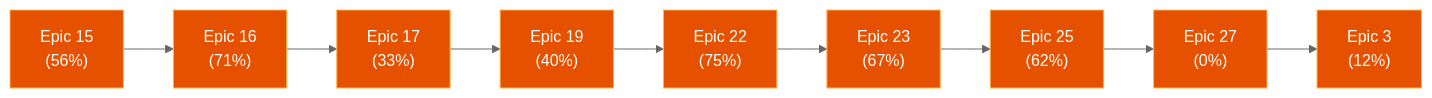
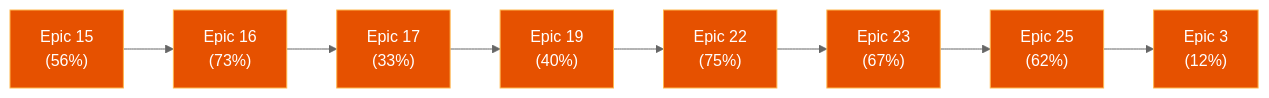
The diagram in _bmad-output/sprint-status-dashboard.md (martinfou/trading-bridge), drawn with Mermaid (neutral theme) before and after one commit. The commit also changed other lines of this file and 140 other files, not shown here.

Commit message:
feat: add BMad workflows, strategy review, news strategy generator, and architecture report

````diff
--- a/_bmad-output/sprint-status-dashboard.md
+++ b/_bmad-output/sprint-status-dashboard.md
@@ -13,22 +13,20 @@
 ```mermaid
 flowchart LR
   classDef done fill:#1b5e20,stroke:#81c784,color:#fff
   classDef ip fill:#e65100,stroke:#ffb74d,color:#fff
   epic15["Epic 15<br/>(56%)"]:::ip
-  epic16["Epic 16<br/>(71%)"]:::ip
+  epic16["Epic 16<br/>(73%)"]:::ip
   epic17["Epic 17<br/>(33%)"]:::ip
   epic19["Epic 19<br/>(40%)"]:::ip
   epic22["Epic 22<br/>(75%)"]:::ip
   epic23["Epic 23<br/>(67%)"]:::ip
   epic25["Epic 25<br/>(62%)"]:::ip
-  epic27["Epic 27<br/>(0%)"]:::ip
   epic3["Epic 3<br/>(12%)"]:::ip
   epic15 --> epic16
   epic16 --> epic17
   epic17 --> epic19
   epic19 --> epic22
   epic22 --> epic23
   epic23 --> epic25
-  epic25 --> epic27
-  epic27 --> epic3
+  epic25 --> epic3
 ```
````
